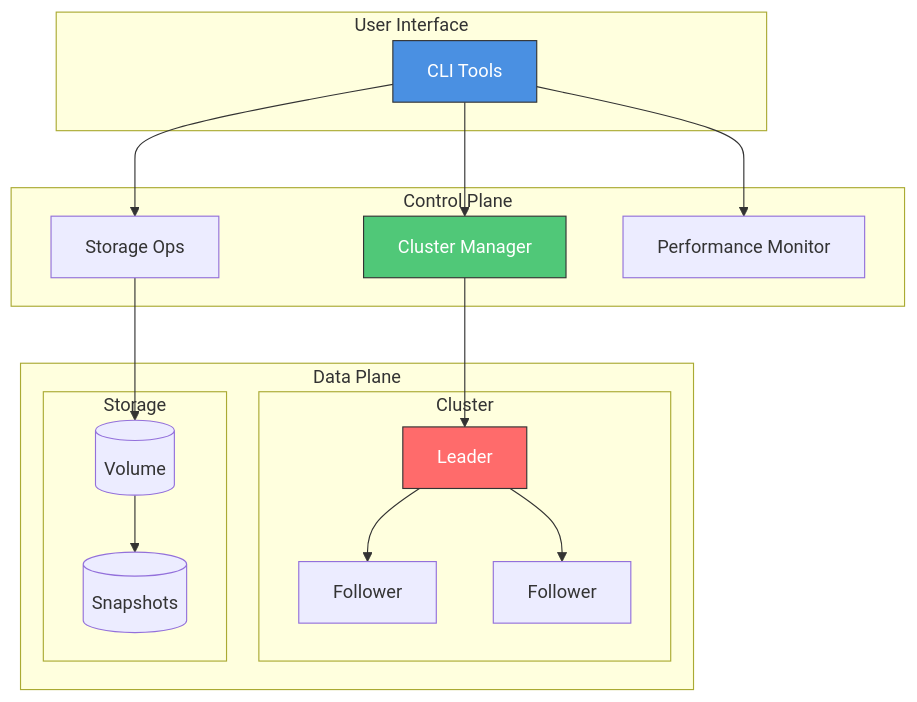
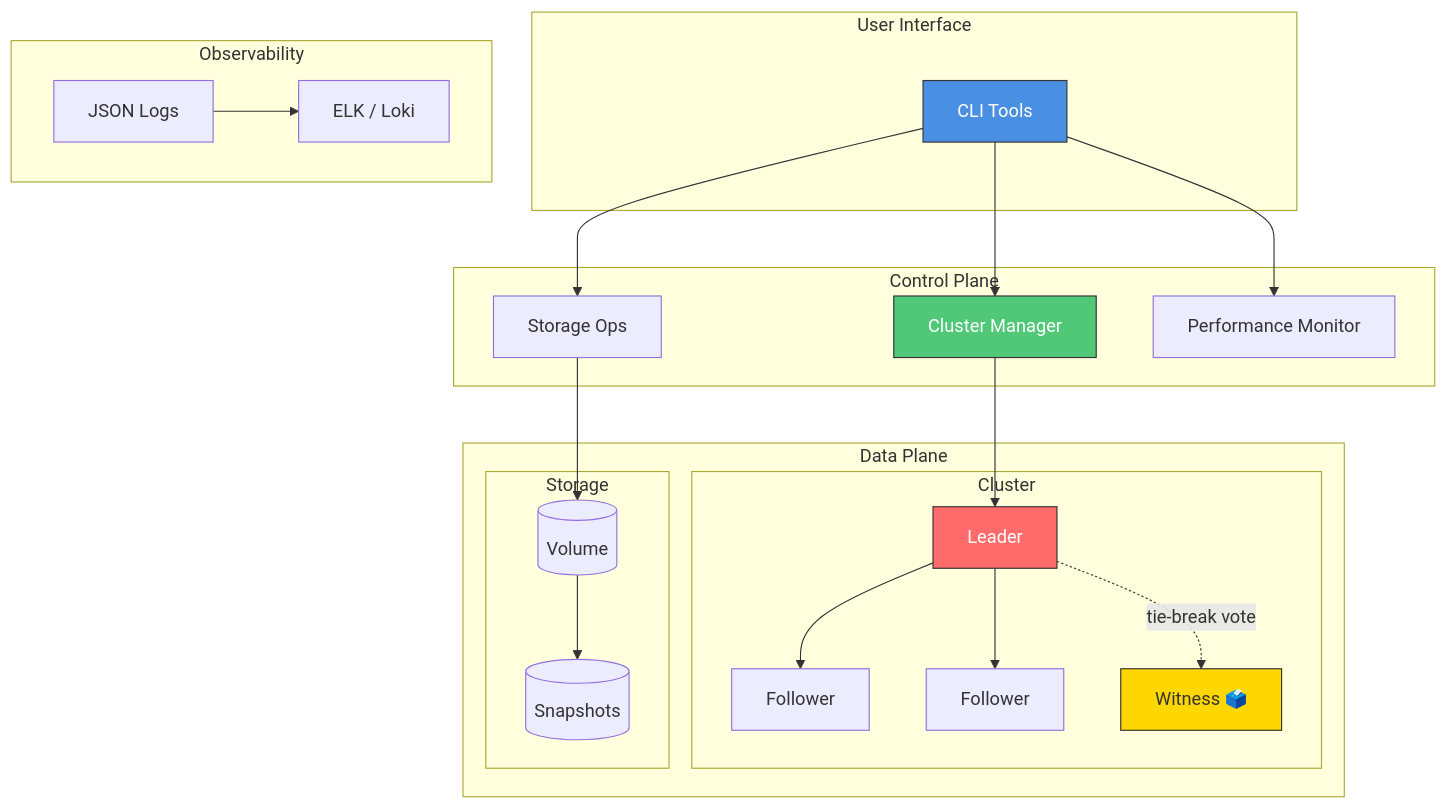
Before and after one commit to joshuabvarghese/Quorum-CLI: the diagram in README.md, drawn with Mermaid. The commit also changed other lines of this file, not shown here.

````diff
--- a/README.md
+++ b/README.md
@@ -26,40 +28,50 @@
 ```mermaid
 graph TB
     subgraph "User Interface"
         CLI[CLI Tools]
     end
 
     subgraph "Control Plane"
         CM[Cluster Manager]
         SO[Storage Ops]
         PM[Performance Monitor]
     end
 
     subgraph "Data Plane"
         subgraph "Cluster"
             N1[Leader]
             N2[Follower]
             N3[Follower]
+            W[Witness 🗳️]
         end
-        
+
         subgraph "Storage"
             V1[(Volume)]
             SNAP[(Snapshots)]
         end
     end
 
+    subgraph "Observability"
+        LOG[JSON Logs]
+        ELK[ELK / Loki]
+    end
+
     CLI --> CM
     CLI --> SO
     CLI --> PM
-    
+
     CM --> N1
     SO --> V1
     V1 --> SNAP
-    
+
     N1 --> N2
     N1 --> N3
+    N1 -.->|tie-break vote| W
+
+    LOG --> ELK
 
     style CLI fill:#4A90E2,stroke:#333,color:#fff
     style CM fill:#50C878,stroke:#333,color:#fff
     style N1 fill:#FF6B6B,stroke:#333,color:#fff
+    style W  fill:#FFD700,stroke:#333,color:#333
 ```
````
